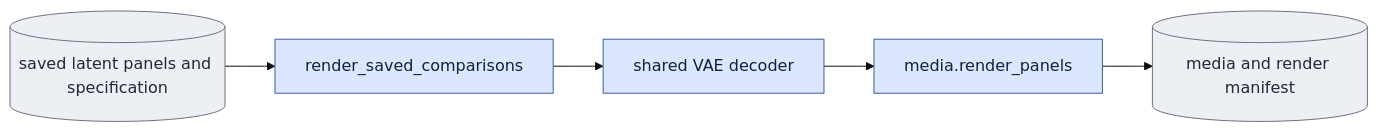
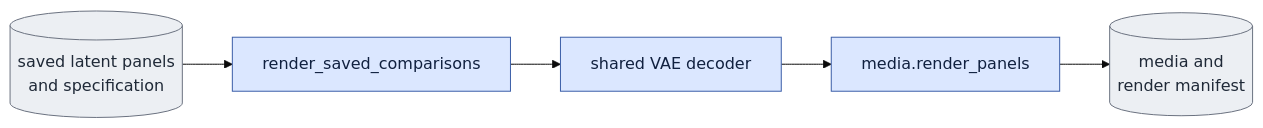
One commit to AtlantixJJ/LTX-2 changed the first of 2 diagrams in scripts/onestep_avatar/doc/comparisons.md. Above: the diagram before and after it, drawn with Mermaid (base theme). The commit also changed other lines of this file and 161 other files, not shown here.

````diff
--- a/scripts/onestep_avatar/doc/comparisons.md
+++ b/scripts/onestep_avatar/doc/comparisons.md
@@ -17,9 +17,9 @@
 ```mermaid
 flowchart LR
-  S[("saved latent panels and specification")] --> C["render_saved_comparisons"]
-  C --> D["shared VAE decoder"] --> M["media.render_panels"] --> O[("media and render manifest")]
+  S[("saved latent panels<br/>and specification")] --> C["render_saved_comparisons"]
+  C --> D["shared VAE decoder"] --> M["media.render_panels"] --> O[("media and<br/>render manifest")]
   classDef proc fill:#dbe7ff,stroke:#3b5ea8,color:#10203f;
   classDef disk fill:#eceff3,stroke:#6b7280,color:#1f2937;
   class C,D,M proc;
   class S,O disk;
 ```
````
